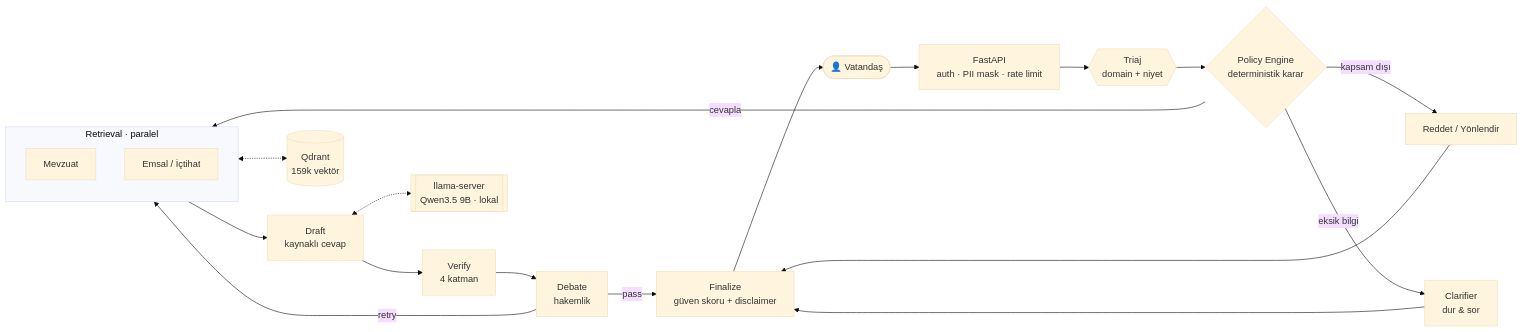
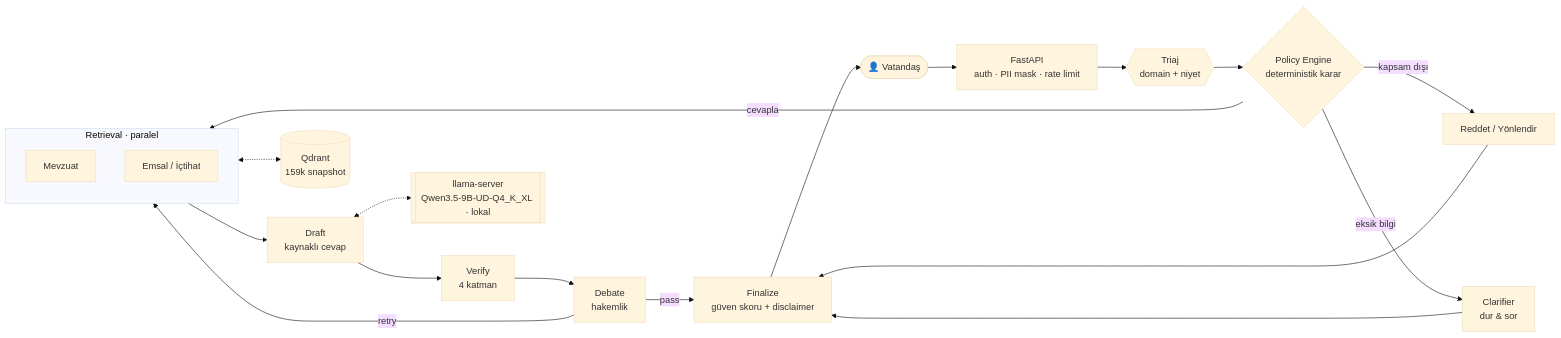
Before and after one commit to cozalss/adalet-agent: the first of 3 diagrams in README.md, drawn with Mermaid (base theme). The commit also changed other lines of this file and 15 other files, not shown here.

````diff
--- a/README.md
+++ b/README.md
@@ -78,26 +83,26 @@
 ```mermaid
 flowchart LR
     U([👤 Vatandaş]) --> API[FastAPI<br/>auth · PII mask · rate limit]
     API --> T{{Triaj<br/>domain + niyet}}
     T --> P{Policy Engine<br/>deterministik karar}
     P -->|kapsam dışı| RJ[Reddet / Yönlendir]
     P -->|eksik bilgi| CL[Clarifier<br/>dur & sor]
     P -->|cevapla| R
 
     subgraph R [Retrieval · paralel]
         MV[Mevzuat]
         EM[Emsal / İçtihat]
     end
 
     R --> DR[Draft<br/>kaynaklı cevap]
     DR --> VF[Verify<br/>4 katman]
     VF --> DB[Debate<br/>hakemlik]
     DB -->|retry| R
     DB -->|pass| FN[Finalize<br/>güven skoru + disclaimer]
     RJ --> FN
     CL --> FN
     FN --> U
 
-    R <-.-> QD[(Qdrant<br/>159k vektör)]
-    DR <-.-> LLM[[llama-server<br/>Qwen3.5 9B · lokal]]
+    R <-.-> QD[(Qdrant<br/>159k snapshot)]
+    DR <-.-> LLM[[llama-server<br/>Qwen3.5-9B-UD-Q4_K_XL · lokal]]
 ```
````
